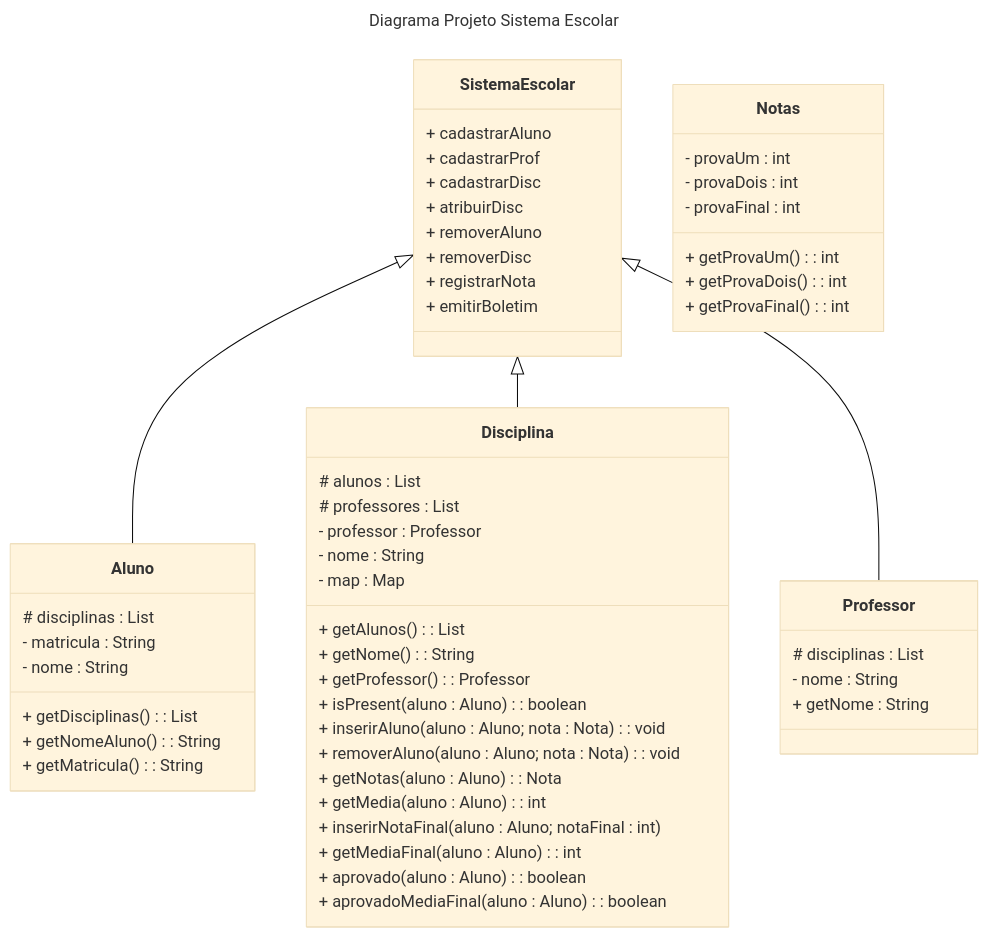
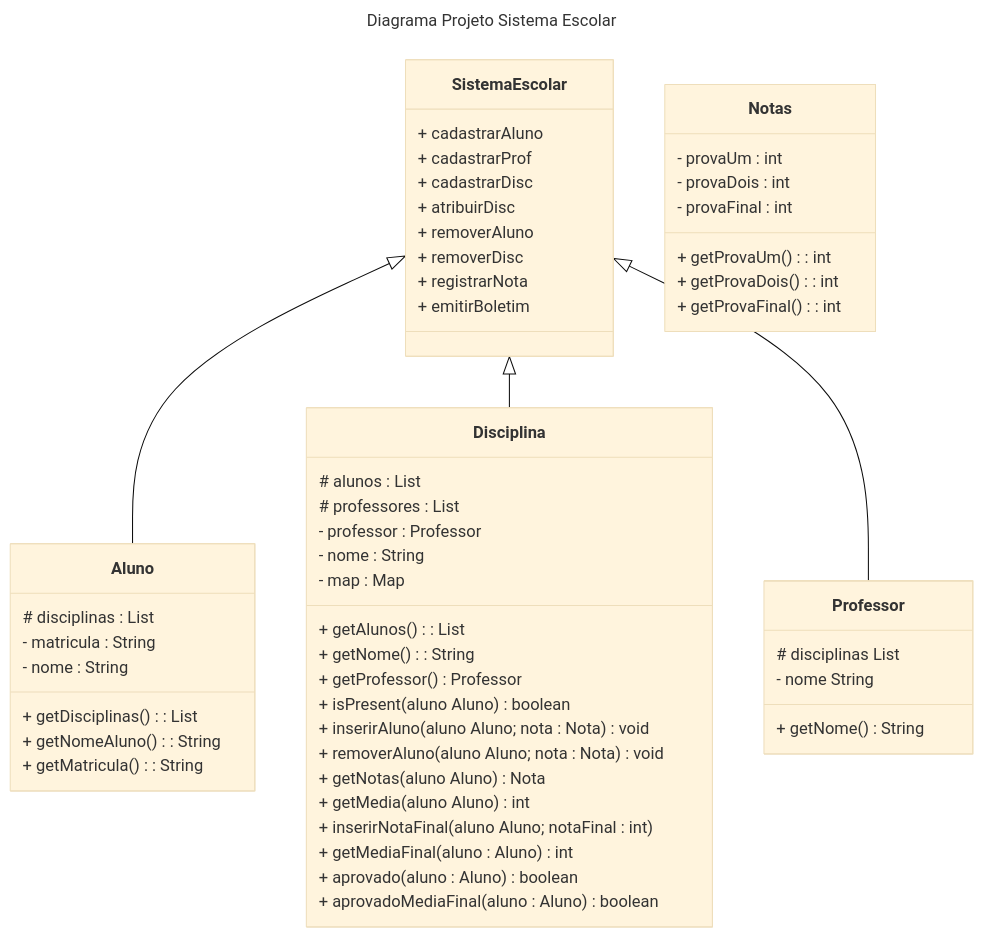
Before and after one commit to vSteps/POO: the diagram in Projeto_POO/diagrama.md, drawn with Mermaid (base theme).

````diff
--- a/Projeto_POO/diagrama.md
+++ b/Projeto_POO/diagrama.md
@@ -1,60 +1,60 @@
 ```mermaid
 ---
 title: Diagrama Projeto Sistema Escolar
 ---
 classDiagram
     SistemaEscolar <|-- Aluno
     SistemaEscolar <|-- Disciplina
     SistemaEscolar <|-- Professor
     SistemaEscolar : + cadastrarAluno
     SistemaEscolar : + cadastrarProf
     SistemaEscolar : + cadastrarDisc
     SistemaEscolar : + atribuirDisc
     SistemaEscolar : + removerAluno
     SistemaEscolar:  + removerDisc
     SistemaEscolar:  + registrarNota
     SistemaEscolar:  + emitirBoletim
     class Aluno{
         # disciplinas : List<Disciplina>
         - matricula : String
         - nome : String
         + getDisciplinas(): List<Disciplina>
         + getNomeAluno(): String
         + getMatricula(): String
         
     }
     class Disciplina{
         # alunos : List<Aluno>
         # professores : List<Professor>
         - professor : Professor
         - nome : String
         - map : Map<Aluno, Nota>
         + getAlunos() : List<Aluno>
         + getNome() : String
-        + getProfessor() : Professor
-        + isPresent(aluno : Aluno) : boolean
-        + inserirAluno(aluno : Aluno; nota : Nota) : void
-        + removerAluno(aluno : Aluno; nota : Nota) : void
-        + getNotas(aluno : Aluno) : Nota
-        + getMedia(aluno : Aluno) : int
-        + inserirNotaFinal(aluno : Aluno; notaFinal : int)
-        + getMediaFinal(aluno : Aluno) : int
-        + aprovado(aluno : Aluno) : boolean
-        + aprovadoMediaFinal(aluno : Aluno) : boolean
+        + getProfessor()  Professor
+        + isPresent(aluno  Aluno)  boolean
+        + inserirAluno(aluno  Aluno; nota : Nota)  void
+        + removerAluno(aluno  Aluno; nota : Nota)  void
+        + getNotas(aluno  Aluno)  Nota
+        + getMedia(aluno  Aluno)  int
+        + inserirNotaFinal(aluno  Aluno; notaFinal : int)
+        + getMediaFinal(aluno : Aluno)  int
+        + aprovado(aluno : Aluno)  boolean
+        + aprovadoMediaFinal(aluno : Aluno)  boolean
     }
     class Professor{
-        # disciplinas : List<Disciplina>
-        - nome : String
-        + getNome : String
+        # disciplinas  List<Disciplina>
+        - nome  String
+        + getNome()  String
     }
 
     class Notas{
         - provaUm : int
         - provaDois : int
         - provaFinal : int
         + getProvaUm() : int
         + getProvaDois() : int
         + getProvaFinal() : int
     }
 
 ```
````
